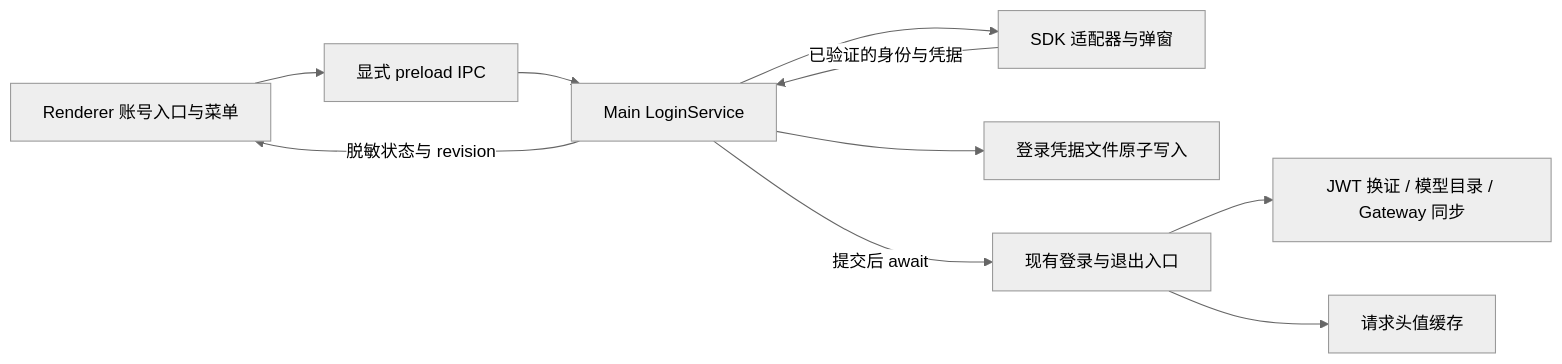
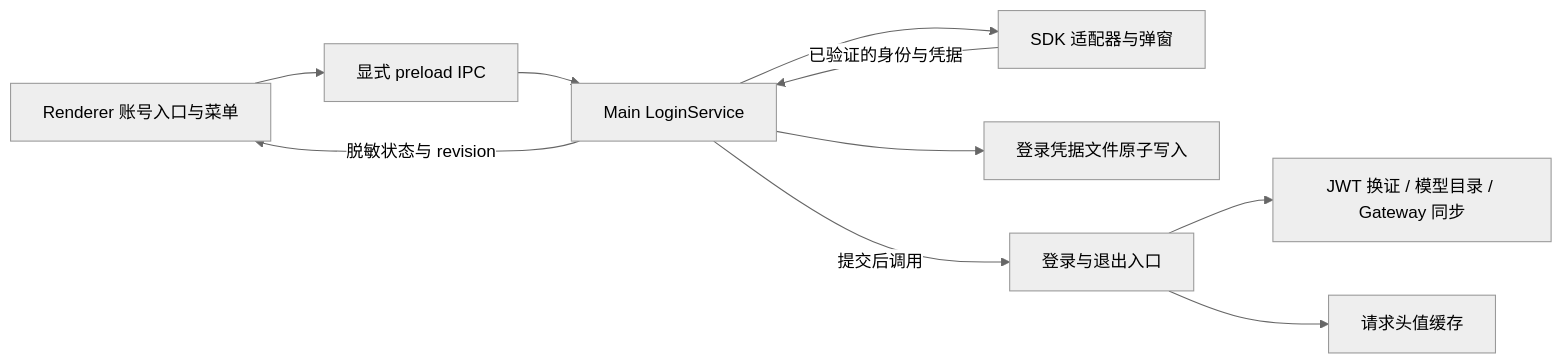
One commit to liangxhao/JustDo changed the diagram in docs/features/account/login-sdk-template.md. Above: the diagram before and after it, drawn with Mermaid (neutral theme). The commit also changed other lines of this file and 29 other files, not shown here.

````diff
--- a/docs/features/account/login-sdk-template.md
+++ b/docs/features/account/login-sdk-template.md
@@ -31,12 +31,12 @@
 ```mermaid
 flowchart LR
   UI[Renderer 账号入口与菜单] --> Bridge[显式 preload IPC]
   Bridge --> Service[Main LoginService]
   Service --> SDK[SDK 适配器与弹窗]
   SDK -->|已验证的身份与凭据| Service
   Service --> File[登录凭据文件原子写入]
-  Service -->|提交后 await| Hooks[现有登录与退出入口]
+  Service -->|提交后调用| Hooks[登录与退出入口]
   Hooks --> Models[JWT 换证 / 模型目录 / Gateway 同步]
   Hooks --> Headers[请求头值缓存]
   Service -->|脱敏状态与 revision| UI
 ```
````
